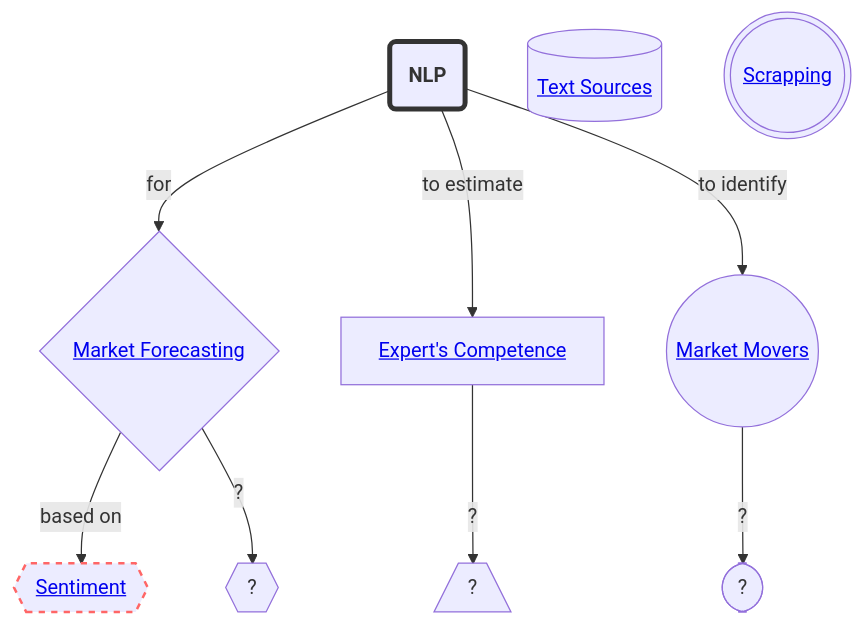
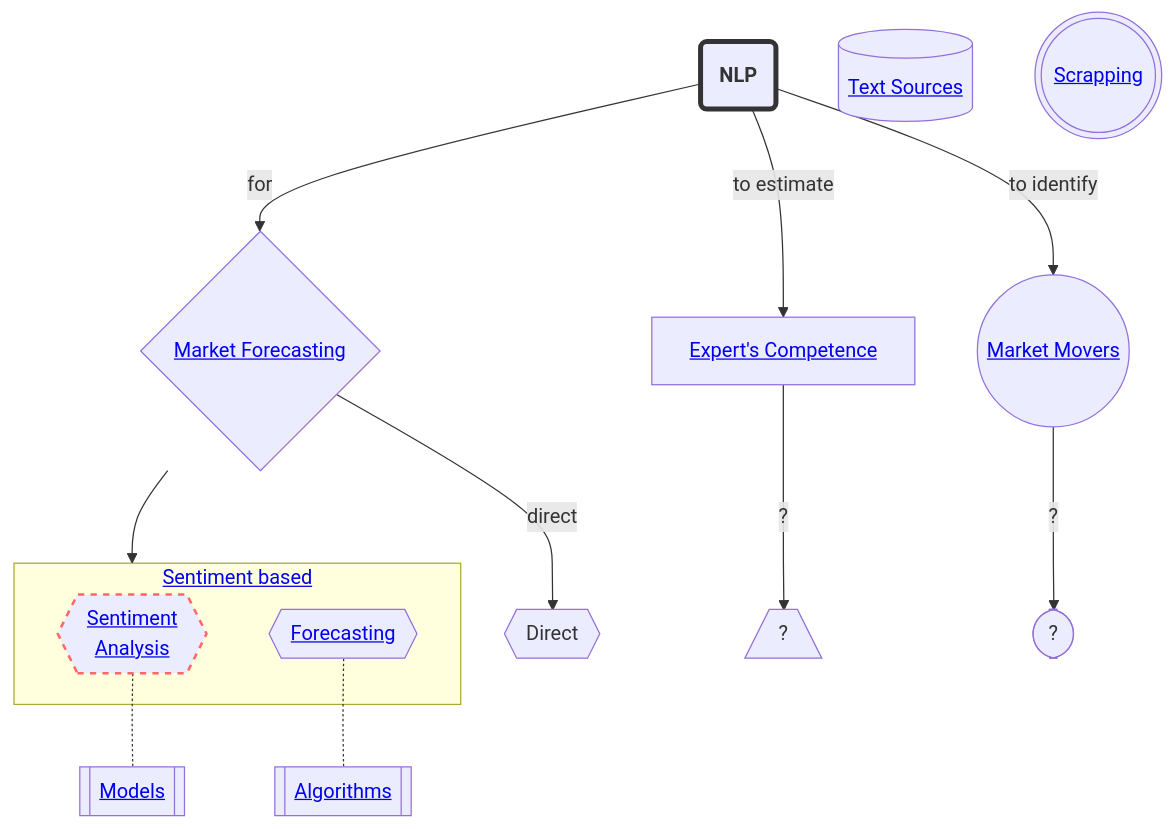
Before and after one commit to completelyboofyblitzed/STOCK-MARKET-NLP: the first of 2 diagrams in README.md, drawn with Mermaid. The commit also changed other lines of this file, not shown here.

````diff
--- a/README.md
+++ b/README.md
@@ -9,23 +9,33 @@
 ```mermaid
 %%{init: {"theme": "default","fontFamily": "cursive", "sequence": { "securityLevel":"loose" }}}%%
 graph TD
     classDef containers fill:#E6E1F7
     
     %% styling the nodes and arrors https://dompl.medium.com/produce-great-looking-flowcharts-in-seconds-7f3bea64f2e2
     %% mermaid editor https://mermaid.live
-    %% mermaid documentation https://mermaid.js.org/config/usage.html
     
-    A(<b>NLP</b>) -->|for| C{<a href='https://github.com/completelyboofyblitzed/NLP-in-STOCK-MARKET/blob/main/README.md#market-forecasting'>Market Forecasting</a>} 
+    A(<b>NLP</b>) -->|for| F{<a href='https://github.com/completelyboofyblitzed/NLP-in-STOCK-MARKET/blob/main/README.md#market-forecasting'>Market Forecasting</a>} 
+    
     style A stroke:#333,stroke-width:4px
-    J[(<a href='https://github.com/completelyboofyblitzed/NLP-in-STOCK-MARKET/blob/main/README.md#text-sources'>Text Sources</a>)]
-    S(((<a href='https://github.com/completelyboofyblitzed/NLP-in-STOCK-MARKET/blob/main/README.md#scrapping'>Scrapping</a>)))
+    subgraph MF [<a href='https://github.com/completelyboofyblitzed/NLP-in-STOCK-MARKET/blob/main/README.md#sentiment-based' >Sentiment based</a>]
+    Se{{<a href='https://github.com/completelyboofyblitzed/NLP-in-STOCK-MARKET/blob/main/README.md#sentiment-analysis'>Sentiment<br>Analysis</a>}}
+    Fc{{<a href='https://github.com/completelyboofyblitzed/NLP-in-STOCK-MARKET/blob/main/README.md#forecasting'>Forecasting</a>}}
+    %% Al{{?}}
+    end
+
+    
+    Ts[(<a href='https://github.com/completelyboofyblitzed/NLP-in-STOCK-MARKET/blob/main/README.md#text-sources'>Text Sources</a>)]
+    Mo[[<a href='https://github.com/completelyboofyblitzed/NLP-in-STOCK-MARKET/blob/main/README.md#models'>Models</a>]]
+    Se<-.-Mo
+    Fc<-.-Al[[<a href='https://github.com/completelyboofyblitzed/NLP-in-STOCK-MARKET/blob/main/README.md#algorithms'>Algorithms</a>]]
+    F-->|direct| Di{{Direct}}
+
+    Sc(((<a href='https://github.com/completelyboofyblitzed/NLP-in-STOCK-MARKET/blob/main/README.md#scrapping'>Scrapping</a>)))
     A -->|to estimate| E[<a href='https://github.com/completelyboofyblitzed/NLP-in-STOCK-MARKET/blob/main/README.md#experts-competence-estimation'>Expert's Competence</a>]
     A -->|to identify| M((<a href='https://github.com/completelyboofyblitzed/NLP-in-STOCK-MARKET/blob/main/README.md#market-movers-identification'>Market Movers</a>))
-    C -->|based on| D{{<a href='https://github.com/completelyboofyblitzed/NLP-in-STOCK-MARKET/blob/main/README.md#sentiment-based' >Sentiment</a>}}
-    C -->|?| B{{?}}
-    style D stroke:#f66,stroke-width:2px,color:#fff,stroke-dasharray: 5 5,text-decoration: none
-    %% click B href "https://github.com/completelyboofyblitzed/NLP-in-STOCK-MARKET#sentiment-based" "This is a tooltip for a link"
-    E -->|?| F[/?\]
+    F -->|"  "| MF{{?}}
+    style Se stroke:#f66,stroke-width:2px,color:#fff,stroke-dasharray: 5 5,text-decoration: none
+    E -->|?| V[/?\]
     M -->|?| Q([?])
-    %% class A,B,C,E,E,M,F,Q containers;
+    %% class A,B,F,E,E,M,F,Q containers;
 ```
````
